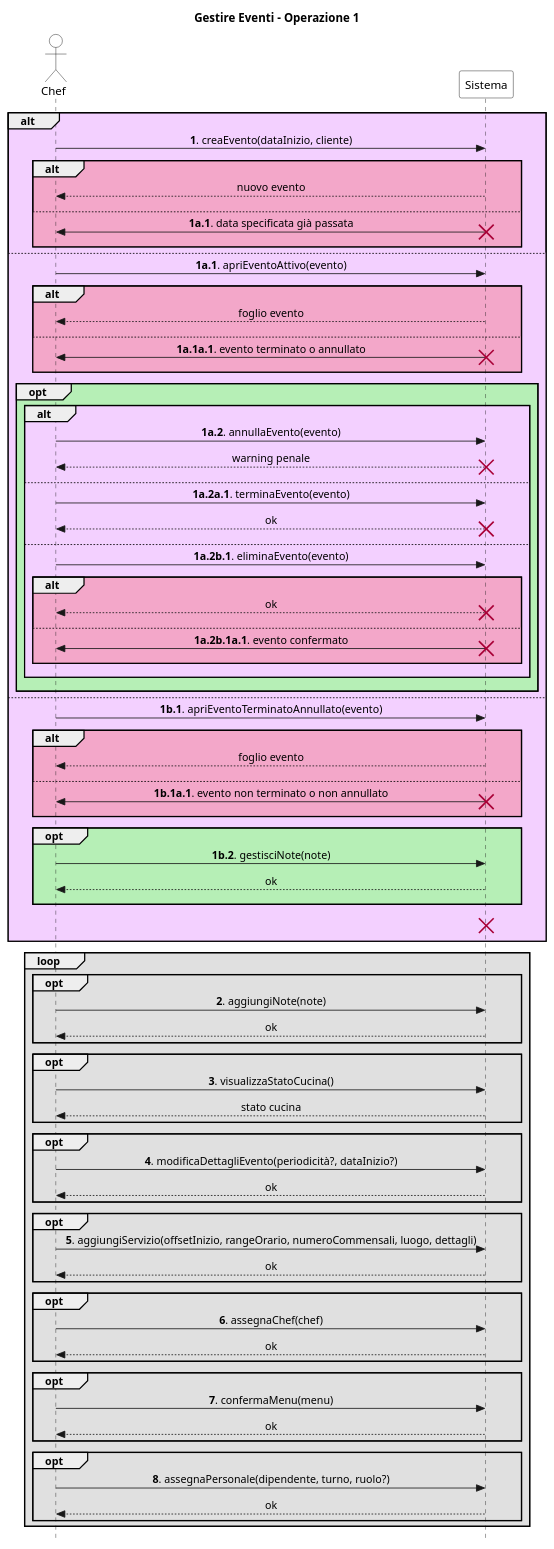
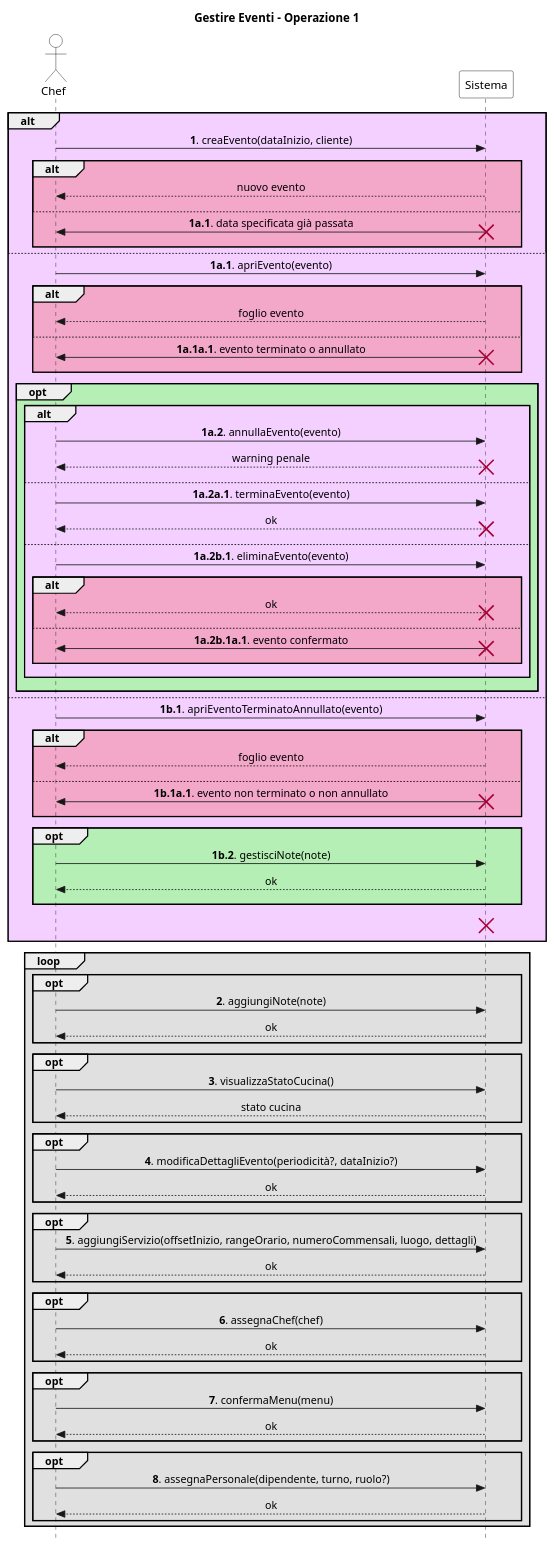
Before and after one commit to stefa168/sas-project: the diagram in UP/Requisiti/UC Gestire Eventi/SSD/Estensioni-Eccezioni Op1.puml, drawn with PlantUML. The commit also changed 4 other files, not shown here.

```diff
--- a/UP/Requisiti/UC Gestire Eventi/SSD/Estensioni-Eccezioni Op1.puml
+++ b/UP/Requisiti/UC Gestire Eventi/SSD/Estensioni-Eccezioni Op1.puml
@@ -1,124 +1,124 @@
 @startuml
 skinparam Style strictuml
 skinparam SequenceMessageAlign center
 
 skinparam sequence {
     ActorBorderColor Black
     ActorBackgroundColor White
     ParticipantBorderColor Black
     ParticipantBackgroundColor White
 }
 
 actor Chef
 participant Sistema
 
 title Gestire Eventi - Operazione 1
 
 alt #f3d0ff
     Chef -> Sistema: **1**. creaEvento(dataInizio, cliente)
     alt #f3a7c9
         return nuovo evento
         ||10||
     else
         Chef <- Sistema: **1a.1**. data specificata già passata
         destroy Sistema
         ||10||
     end
 else
-    Chef -> Sistema: **1a.1**. apriEventoAttivo(evento)
+    Chef -> Sistema: **1a.1**. apriEvento(evento)
     alt #f3a7c9
         return foglio evento
         ||10||
     else
         Chef <- Sistema: **1a.1a.1**. evento terminato o annullato
         destroy Sistema
         ||10||
     end
 
     opt #b6efb6
         alt #f3d0ff
             Chef -> Sistema: **1a.2**. annullaEvento(evento)
             return warning penale
             destroy Sistema
             ||10||
         else
             Chef -> Sistema: **1a.2a.1**. terminaEvento(evento)
             return ok
             destroy Sistema
             ||10||
         else
             Chef -> Sistema: **1a.2b.1**. eliminaEvento(evento)
             alt #f3a7c9
                 return ok
                 destroy Sistema
                 ||10||
             else
                Chef <- Sistema: **1a.2b.1a.1**. evento confermato
                destroy Sistema
                ||10||
             end
             ||10||
         end
         ' non abbiamo modo di modificare il colore della X
         ||10||
     end
 else
     Chef -> Sistema: **1b.1**. apriEventoTerminatoAnnullato(evento)
     alt #f3a7c9
         return foglio evento
         ||10||
     else
         Chef <- Sistema: **1b.1a.1**. evento non terminato o non annullato
         destroy Sistema
         ||10||
     end
 
     opt #b6efb6
         Chef -> Sistema: **1b.2**. gestisciNote(note)
         return ok
         ||10||
     end
 
     ||10||
     destroy Sistema
 '    note over Chef, Sistema #fff: Il caso d'uso termina.
     ||10||
 end
 
 loop #e0e0e0
     opt #e0e0e0
         Chef -> Sistema: **2**. aggiungiNote(note)
         return ok
     end
 
     opt #e0e0e0
         Chef -> Sistema: **3**. visualizzaStatoCucina()
         return stato cucina
     end
 
     opt #e0e0e0
         Chef -> Sistema: **4**. modificaDettagliEvento(periodicità?, dataInizio?)
         return ok
     end
 
     opt #e0e0e0
         Chef -> Sistema: **5**. aggiungiServizio(offsetInizio, rangeOrario, numeroCommensali, luogo, dettagli)
         return ok
     end
 
     opt #e0e0e0
         Chef -> Sistema: **6**. assegnaChef(chef)
         return ok
     end
 
     opt #e0e0e0
         Chef -> Sistema: **7**. confermaMenu(menu)
         return ok
     end
 
     opt #e0e0e0
         Chef -> Sistema: **8**. assegnaPersonale(dipendente, turno, ruolo?)
         return ok
     end
 end
 @enduml
```
